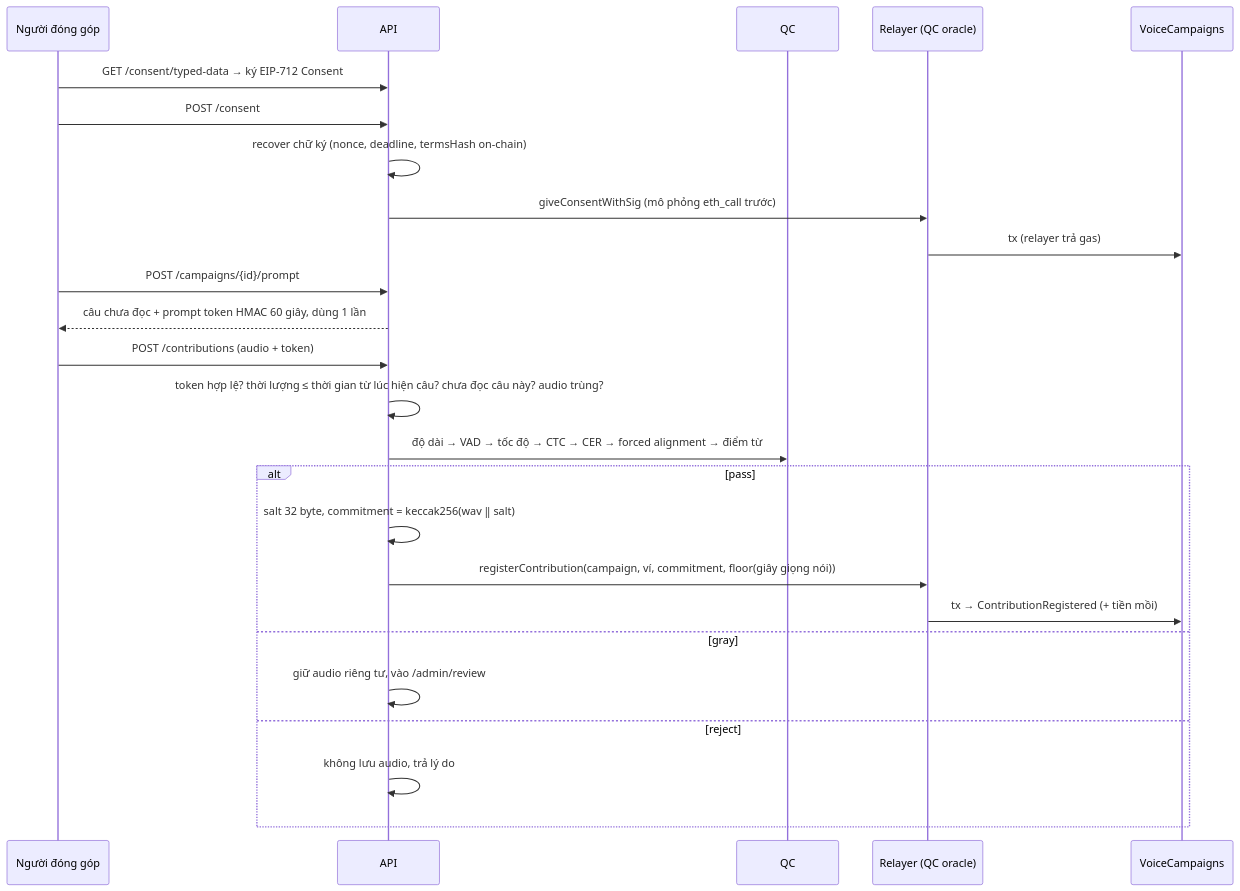
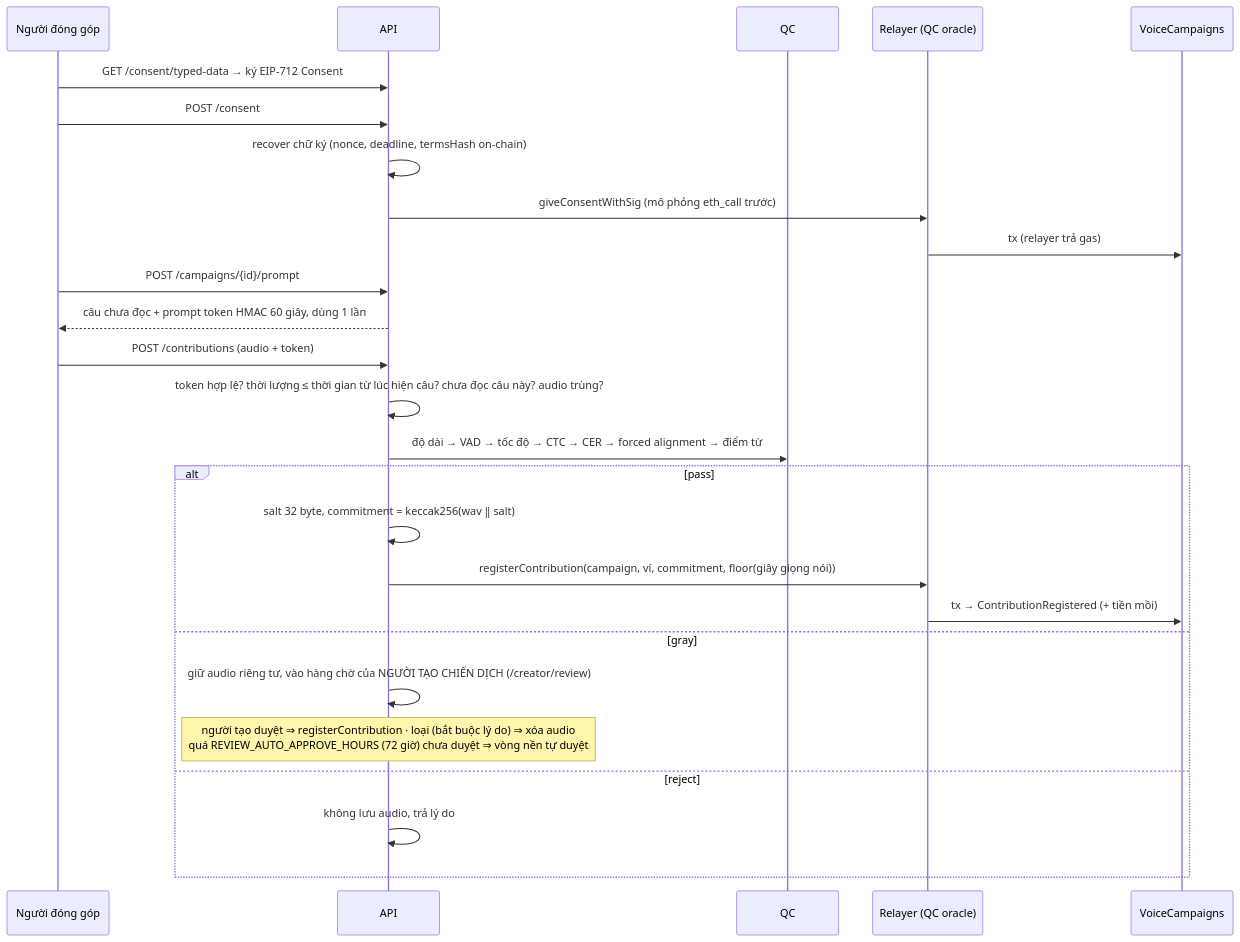
Before and after one commit to ZelusIsMe-05/DatasetMarketplace: the second of 2 diagrams in docs/architecture.md, drawn with Mermaid. The commit also changed other lines of this file and 154 other files, not shown here.

````diff
--- a/docs/architecture.md
+++ b/docs/architecture.md
@@ -43,27 +43,28 @@
 ```mermaid
 sequenceDiagram
     participant U as Người đóng góp
     participant API
     participant QC
     participant R as Relayer (QC oracle)
     participant SC as VoiceCampaigns
     U->>API: GET /consent/typed-data → ký EIP-712 Consent
     U->>API: POST /consent
     API->>API: recover chữ ký (nonce, deadline, termsHash on-chain)
     API->>R: giveConsentWithSig (mô phỏng eth_call trước)
     R->>SC: tx (relayer trả gas)
     U->>API: POST /campaigns/{id}/prompt
     API-->>U: câu chưa đọc + prompt token HMAC 60 giây, dùng 1 lần
     U->>API: POST /contributions (audio + token)
     API->>API: token hợp lệ? thời lượng ≤ thời gian từ lúc hiện câu? chưa đọc câu này? audio trùng?
     API->>QC: độ dài → VAD → tốc độ → CTC → CER → forced alignment → điểm từ
     alt pass
         API->>API: salt 32 byte, commitment = keccak256(wav ‖ salt)
         API->>R: registerContribution(campaign, ví, commitment, floor(giây giọng nói))
         R->>SC: tx → ContributionRegistered (+ tiền mồi)
     else gray
-        API->>API: giữ audio riêng tư, vào /admin/review
+        API->>API: giữ audio riêng tư, vào hàng chờ của NGƯỜI TẠO CHIẾN DỊCH (/creator/review)
+        Note over API: người tạo duyệt ⇒ registerContribution · loại (bắt buộc lý do) ⇒ xóa audio<br/>quá REVIEW_AUTO_APPROVE_HOURS (72 giờ) chưa duyệt ⇒ vòng nền tự duyệt
     else reject
         API->>API: không lưu audio, trả lý do
     end
 ```
````
